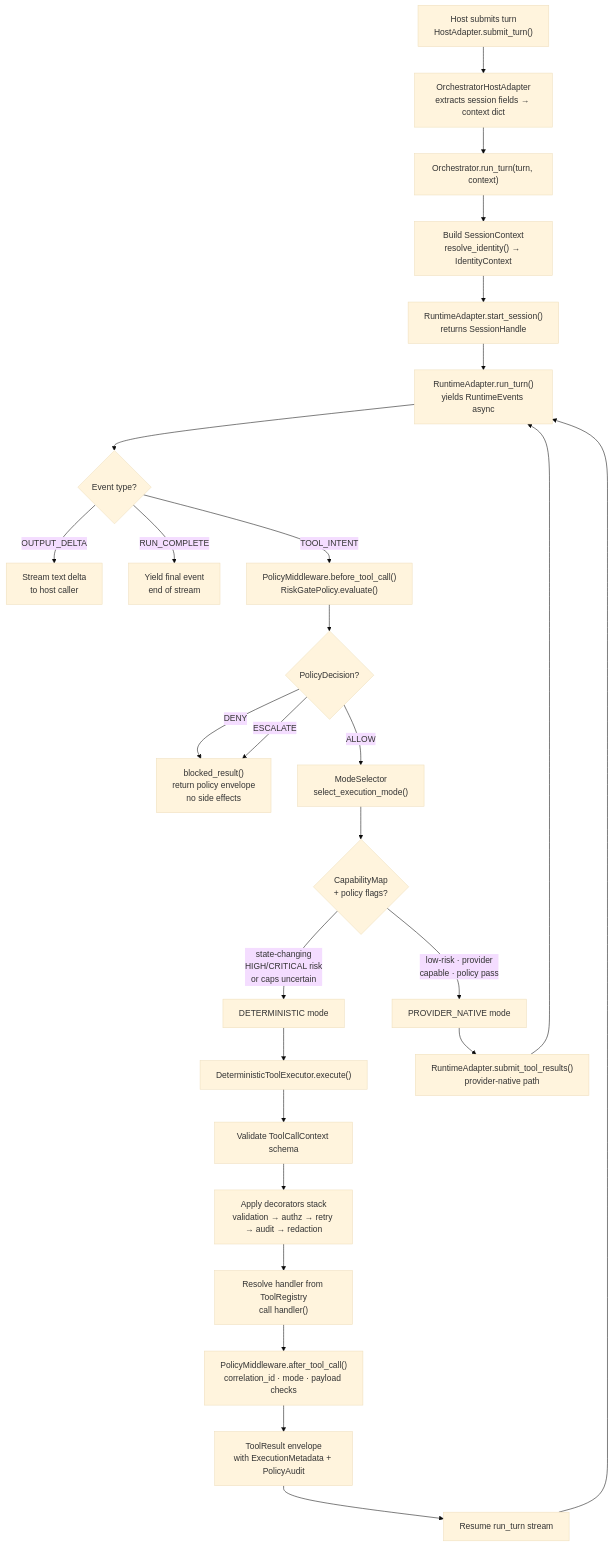
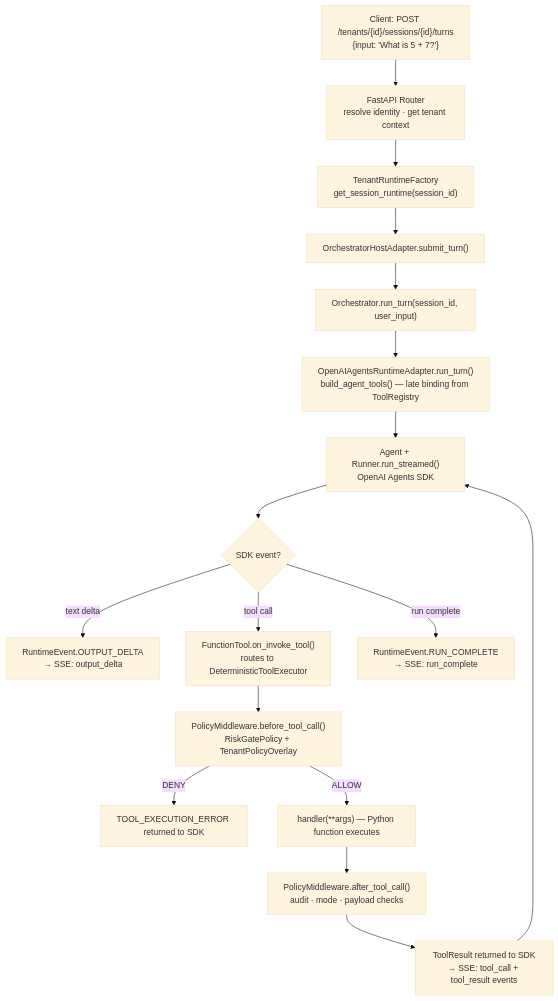
Before and after one commit to SavinRazvan/eXo-brain: the second of 5 diagrams in README.md, drawn with Mermaid (base theme). The commit also changed other lines of this file and 3 other files, not shown here.

````diff
--- a/README.md
+++ b/README.md
@@ -171,39 +177,19 @@
 ```mermaid
 flowchart TD
-    A["Host submits turn\nHostAdapter.submit_turn()"] --> B["OrchestratorHostAdapter\nextracts session fields → context dict"]
-    B --> C["Orchestrator.run_turn(turn, context)"]
-    C --> D["Build SessionContext\nresolve_identity() → IdentityContext"]
-    D --> E["RuntimeAdapter.start_session()\nreturns SessionHandle"]
-    E --> F["RuntimeAdapter.run_turn()\nyields RuntimeEvents async"]
-
-    F --> G{Event type?}
-
-    G -->|OUTPUT_DELTA| H["Stream text delta\nto host caller"]
-    G -->|RUN_COMPLETE| I["Yield final event\nend of stream"]
-    G -->|TOOL_INTENT| J["PolicyMiddleware.before_tool_call()\nRiskGatePolicy.evaluate()"]
-
-    J --> K{PolicyDecision?}
-
-    K -->|DENY| L["blocked_result()\nreturn policy envelope\nno side effects"]
-    K -->|ESCALATE| L
-
-    K -->|ALLOW| M["ModeSelector\nselect_execution_mode()"]
-
-    M --> N{CapabilityMap\n+ policy flags?}
-
-    N -->|"state-changing\nHIGH/CRITICAL risk\nor caps uncertain"| O["DETERMINISTIC mode"]
-    N -->|"low-risk · provider\ncapable · policy pass"| P["PROVIDER_NATIVE mode"]
-
-    O --> Q["DeterministicToolExecutor.execute()"]
-    Q --> Q1["Validate ToolCallContext schema"]
-    Q1 --> Q2["Apply decorators stack\nvalidation → authz → retry → audit → redaction"]
-    Q2 --> Q3["Resolve handler from ToolRegistry\ncall handler()"]
-    Q3 --> Q4["PolicyMiddleware.after_tool_call()\ncorrelation_id · mode · payload checks"]
-    Q4 --> Q5["ToolResult envelope\nwith ExecutionMetadata + PolicyAudit"]
-
-    P --> R["RuntimeAdapter.submit_tool_results()\nprovider-native path"]
-    R --> F
-
-    Q5 --> S["Resume run_turn stream"]
-    S --> F
+    A["Client: POST /tenants/{id}/sessions/{id}/turns\n{input: 'What is 5 + 7?'}"] --> B["FastAPI Router\nresolve identity · get tenant context"]
+    B --> C["TenantRuntimeFactory\nget_session_runtime(session_id)"]
+    C --> D["OrchestratorHostAdapter.submit_turn()"]
+    D --> E["Orchestrator.run_turn(session_id, user_input)"]
+    E --> F["OpenAIAgentsRuntimeAdapter.run_turn()\nbuild_agent_tools() — late binding from ToolRegistry"]
+    F --> G["Agent + Runner.run_streamed()\nOpenAI Agents SDK"]
+    G --> H{SDK event?}
+    H -->|text delta| I["RuntimeEvent.OUTPUT_DELTA\n→ SSE: output_delta"]
+    H -->|tool call| J["FunctionTool.on_invoke_tool()\nroutes to DeterministicToolExecutor"]
+    J --> K["PolicyMiddleware.before_tool_call()\nRiskGatePolicy + TenantPolicyOverlay"]
+    K -->|DENY| L["TOOL_EXECUTION_ERROR returned to SDK"]
+    K -->|ALLOW| M["handler(**args) — Python function executes"]
+    M --> N["PolicyMiddleware.after_tool_call()\naudit · mode · payload checks"]
+    N --> O["ToolResult returned to SDK\n→ SSE: tool_call + tool_result events"]
+    O --> G
+    H -->|run complete| P["RuntimeEvent.RUN_COMPLETE\n→ SSE: run_complete"]
 ```
````
